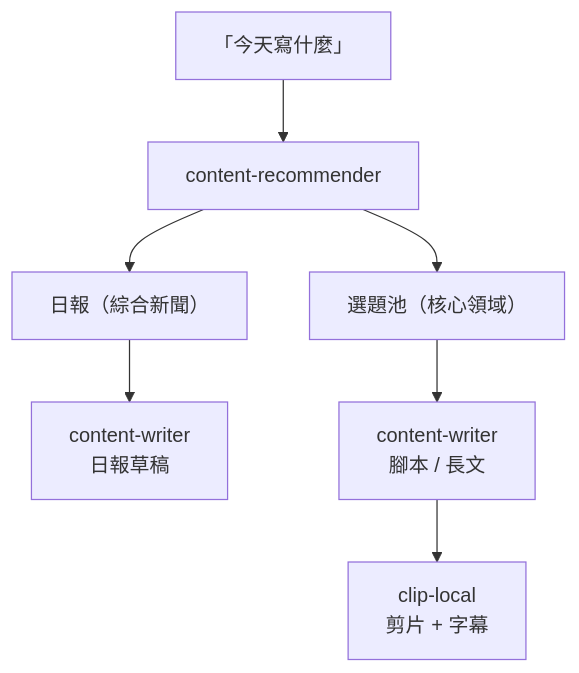
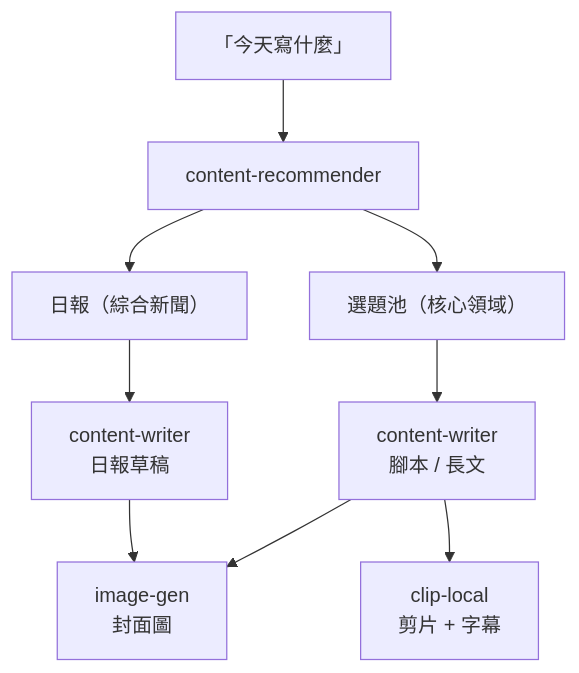
The diagram in README.md (chyyynh/content-skills), drawn with Mermaid before and after one commit. The commit also changed other lines of this file, not shown here.

Commit message:
docs: add image-gen to README

````diff
--- a/README.md
+++ b/README.md
@@ -101,9 +120,11 @@
 ```mermaid
 graph TD
     A["「今天寫什麼」"] --> B[content-recommender]
     B --> C["日報（綜合新聞）"]
     B --> D["選題池（核心領域）"]
     C --> E[content-writer<br/>日報草稿]
     D --> F[content-writer<br/>腳本 / 長文]
     F --> G[clip-local<br/>剪片 + 字幕]
+    E --> H[image-gen<br/>封面圖]
+    F --> H
 ```
````
